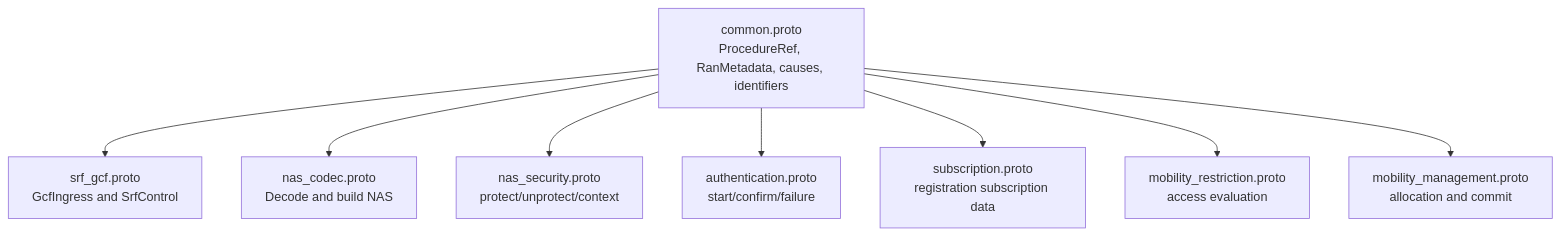
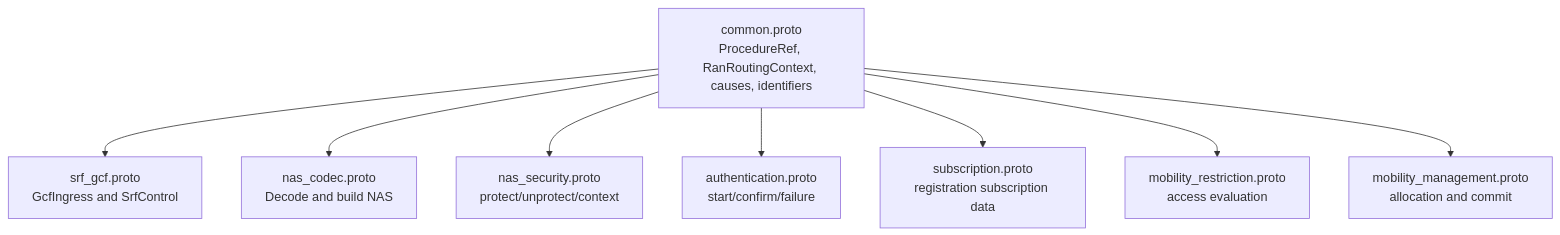
Before and after one commit to acore2026/docs: diagram 15 of 16 in orange-prototype-wiki/free6gc-initial-design.md, drawn with Mermaid. The commit also changed other lines of this file, not shown here.

````diff
--- a/orange-prototype-wiki/free6gc-initial-design.md
+++ b/orange-prototype-wiki/free6gc-initial-design.md
@@ -712,19 +688,19 @@
 ```mermaid
 flowchart TB
-    COMMON[common.proto<br/>ProcedureRef, RanMetadata, causes, identifiers]
+    COMMON[common.proto<br/>ProcedureRef, RanRoutingContext, causes, identifiers]
     SRFGCF[srf_gcf.proto<br/>GcfIngress and SrfControl]
     NASC[nas_codec.proto<br/>Decode and build NAS]
     NASS[nas_security.proto<br/>protect/unprotect/context]
     AUTH[authentication.proto<br/>start/confirm/failure]
     SUB[subscription.proto<br/>registration subscription data]
     MR[mobility_restriction.proto<br/>access evaluation]
     MM[mobility_management.proto<br/>allocation and commit]
 
     COMMON --> SRFGCF
     COMMON --> NASC
     COMMON --> NASS
     COMMON --> AUTH
     COMMON --> SUB
     COMMON --> MR
     COMMON --> MM
 ```
````
